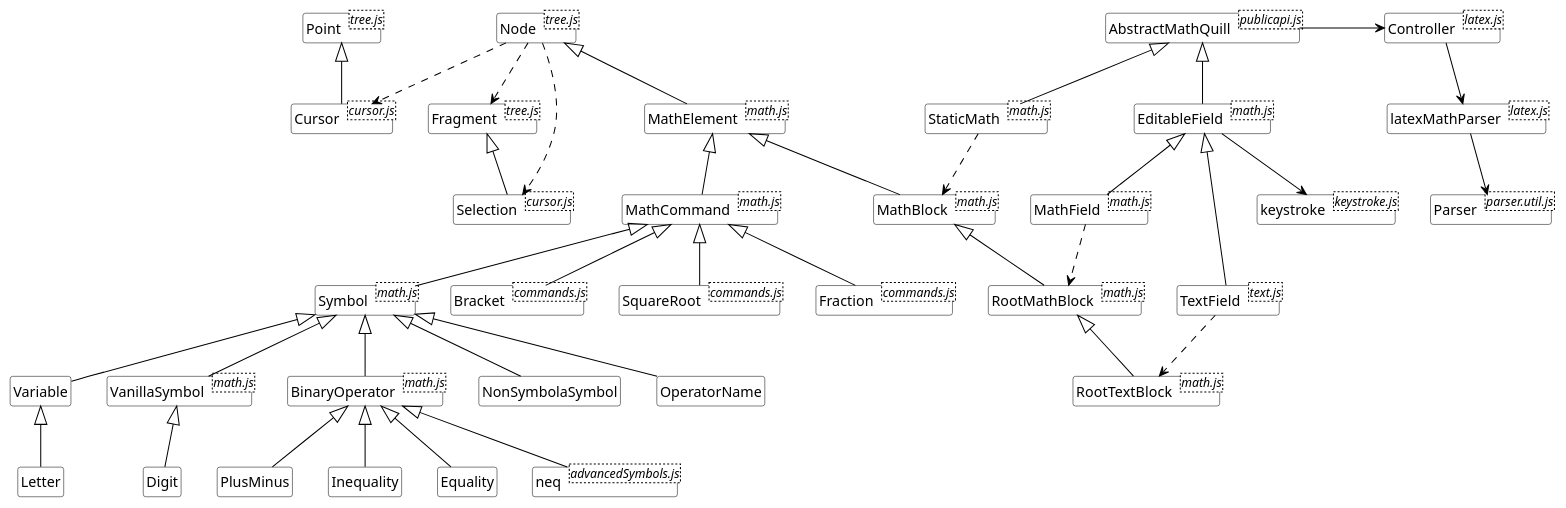
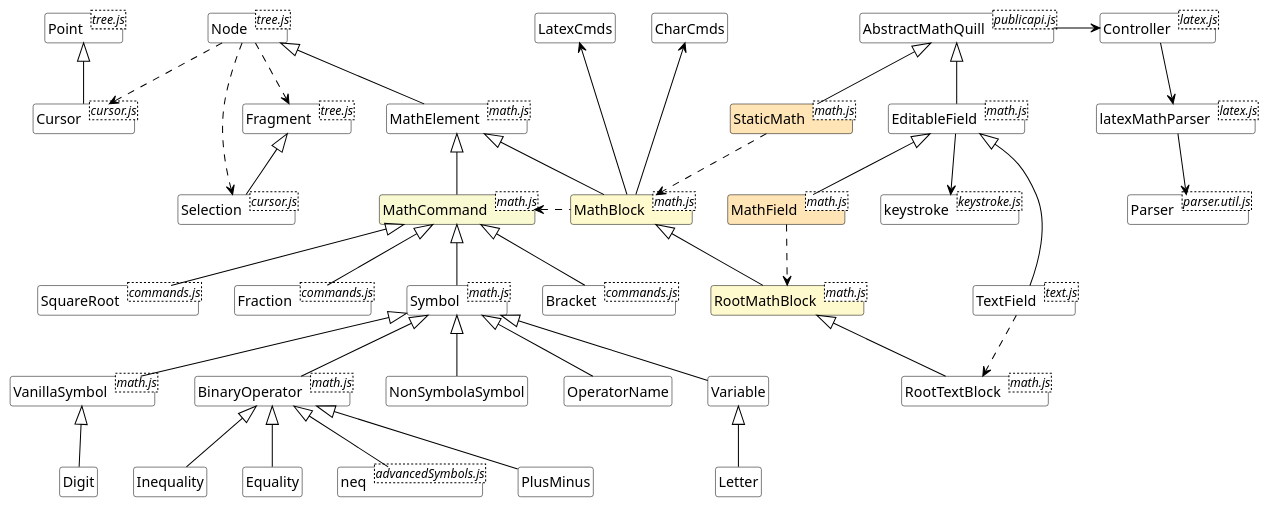
Before and after one commit to urneo/mathquill: the diagram in docs/mathquill.puml, drawn with PlantUML.

Commit message:
update class color

```diff
--- a/docs/mathquill.puml
+++ b/docs/mathquill.puml
@@ -32,6 +32,10 @@
 BinaryOperator <|-- Inequality
 BinaryOperator <|-- Equality
 BinaryOperator <|-- neq
+
+MathBlock --u-> CharCmds
+MathBlock --u-> LatexCmds
+MathBlock .l.> MathCommand
 
 TextField -u-|> EditableField
 MathField -u-|> EditableField
@@ -95,7 +99,7 @@
     keystroke (key)
 }
 
-class MathField <math.js> {
+class MathField <math.js> #Moccasin {
     -RootBlock : RootMathBlock
     exportLatex()
     renderLatexMath (latex)
@@ -103,7 +107,7 @@
 
 }
 
-class StaticMath <math.js> {
+class StaticMath <math.js> #Moccasin {
     -RootBlock : MathBlock
     +init()
     +latex()
@@ -125,15 +129,30 @@
 
 ' -------------------------------------------
 class MathElement <math.js>
-class RootMathBlock <math.js>
-class MathCommand <math.js>
+class RootMathBlock <math.js> #LemonChiffon
+class MathCommand <math.js> #LightGoldenRodYellow {
+    +init (ctrlSeq, htmlTemplate, textTemplate)
+    +replaces (replacedFragment)
+    +isEmpty()
+    +parser()
+    +createLeftOf (cursor)
+    +createBlocks()
+    ..
+    +placeCursor (cursor)
+    +moveTowards (dir, cursor, updown)
+    +deleteTowards (dir, cursor)
+    +selectTowards (dir, cursor)
+    +selectChildren()
+    +unselectInto (dir, cursor)
+    +seek (pageX, cursor)
+}
 class BinaryOperator <math.js>
 class VanillaSymbol <math.js>
 class Symbol <math.js>
 class latexMathParser <latex.js>
 class Parser <parser.util.js>
 
-class MathBlock <math.js> {
+class MathBlock <math.js> #LemonChiffon {
     -join(methodName)
     +html()
     +latex()
```
